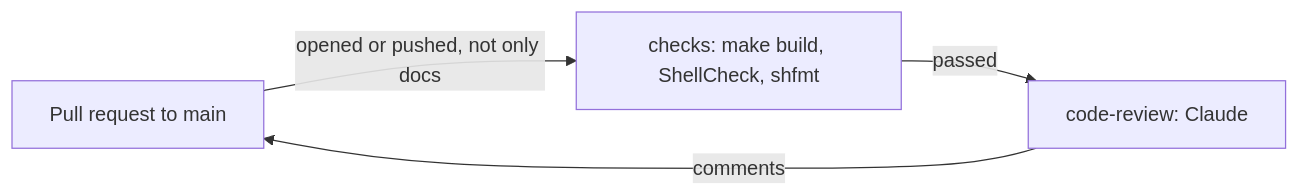
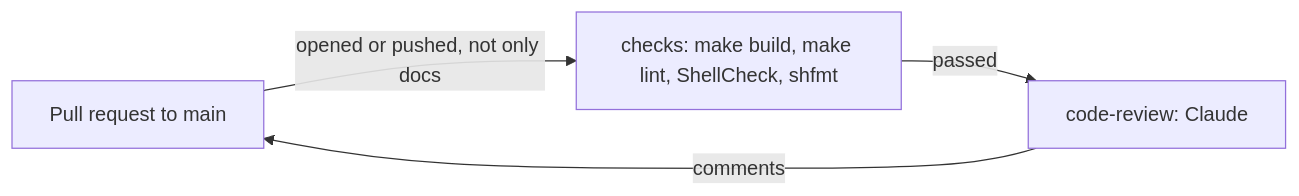
One commit to froazin/wsl changed the diagram in docs/ci.md. Above: the diagram before and after it, drawn with Mermaid. The commit also changed other lines of this file and 14 other files, not shown here.

First line of the commit message:
chore(tooling): Lint the rendered fragments with make lint (#15)

````diff
--- a/docs/ci.md
+++ b/docs/ci.md
@@ -20,8 +20,8 @@
 ```mermaid
 flowchart LR
     accTitle: The jobs that run on a pull request
-    accDescr: A pull request that changes more than docs starts the workflow. The checks job builds the user-data and lints the shell scripts. When the checks pass, the code-review job runs Claude, which comments on the pull request.
-    pr["Pull request to main"] -->|"opened or pushed, not only docs"| checks["checks: make build, ShellCheck, shfmt"]
+    accDescr: A pull request that changes more than docs starts the workflow. The checks job builds the user-data, lints the rendered fragments and lints the shell scripts. When the checks pass, the code-review job runs Claude, which comments on the pull request.
+    pr["Pull request to main"] -->|"opened or pushed, not only docs"| checks["checks: make build, make lint, ShellCheck, shfmt"]
     checks -->|passed| review["code-review: Claude"]
     review -->|comments| pr
 ```
````
